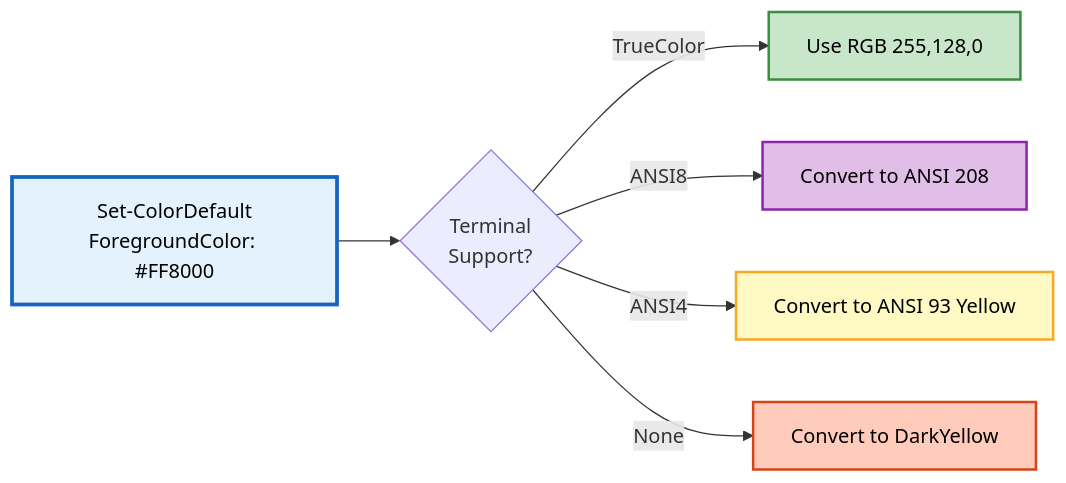
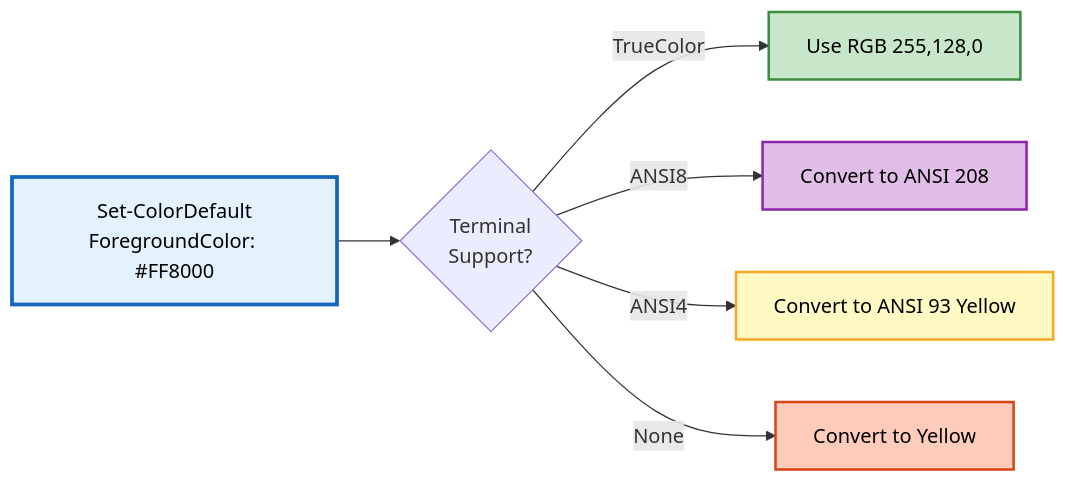
The seventh of 7 diagrams in Docs/Public/Set-ColorDefault.md (MarkusMcNugen/PSWriteColorEX), drawn with Mermaid before and after one commit. The commit also changed other lines of this file and 10 other files, not shown here.

````diff
--- a/Docs/Public/Set-ColorDefault.md
+++ b/Docs/Public/Set-ColorDefault.md
@@ -828,14 +760,14 @@
 ```mermaid
 graph LR
     A[Set-ColorDefault<br/>ForegroundColor: #FF8000] --> B{Terminal<br/>Support?}
     B -->|TrueColor| C[Use RGB 255,128,0]
     B -->|ANSI8| D[Convert to ANSI 208]
     B -->|ANSI4| E[Convert to ANSI 93 Yellow]
-    B -->|None| F[Convert to DarkYellow]
+    B -->|None| F[Convert to Yellow]
 
     style A fill:#e3f2fd,stroke:#1565c0,stroke-width:3px,color:#000
     style C fill:#c8e6c9,stroke:#388e3c,stroke-width:2px,color:#000
     style D fill:#e1bee7,stroke:#8e24aa,stroke-width:2px,color:#000
     style E fill:#fff9c4,stroke:#f9a825,stroke-width:2px,color:#000
     style F fill:#ffccbc,stroke:#d84315,stroke-width:2px,color:#000
 ```
````
